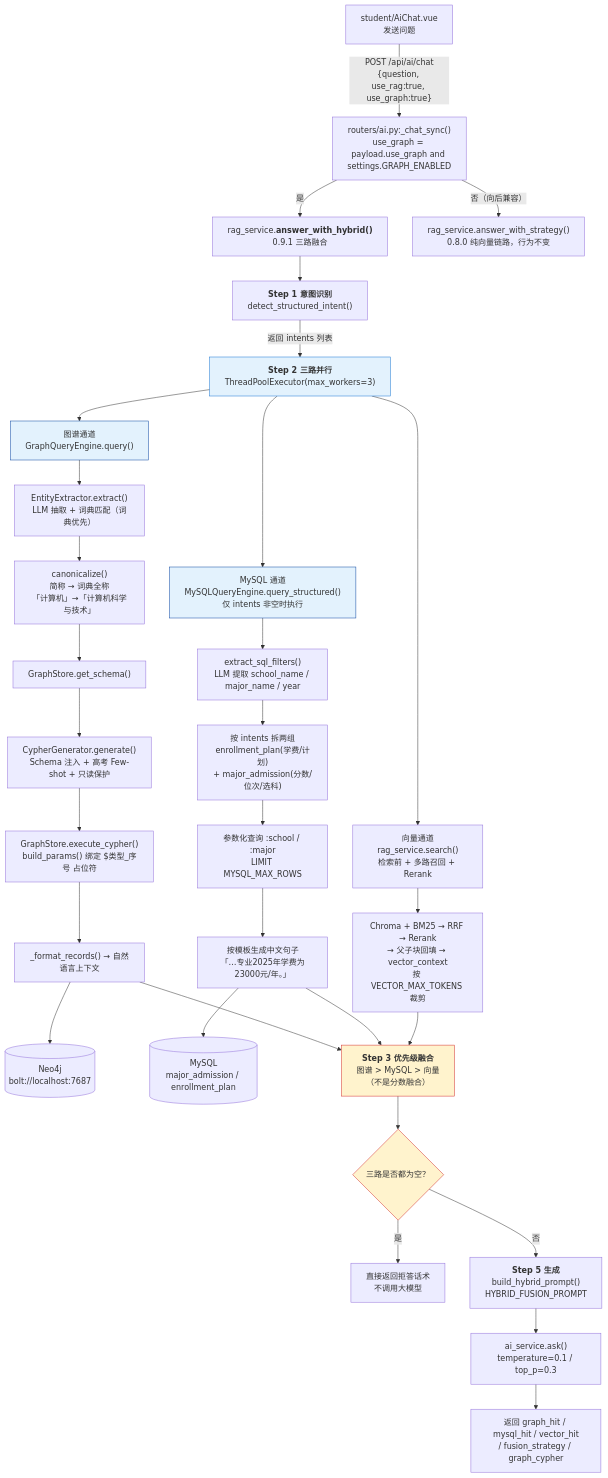
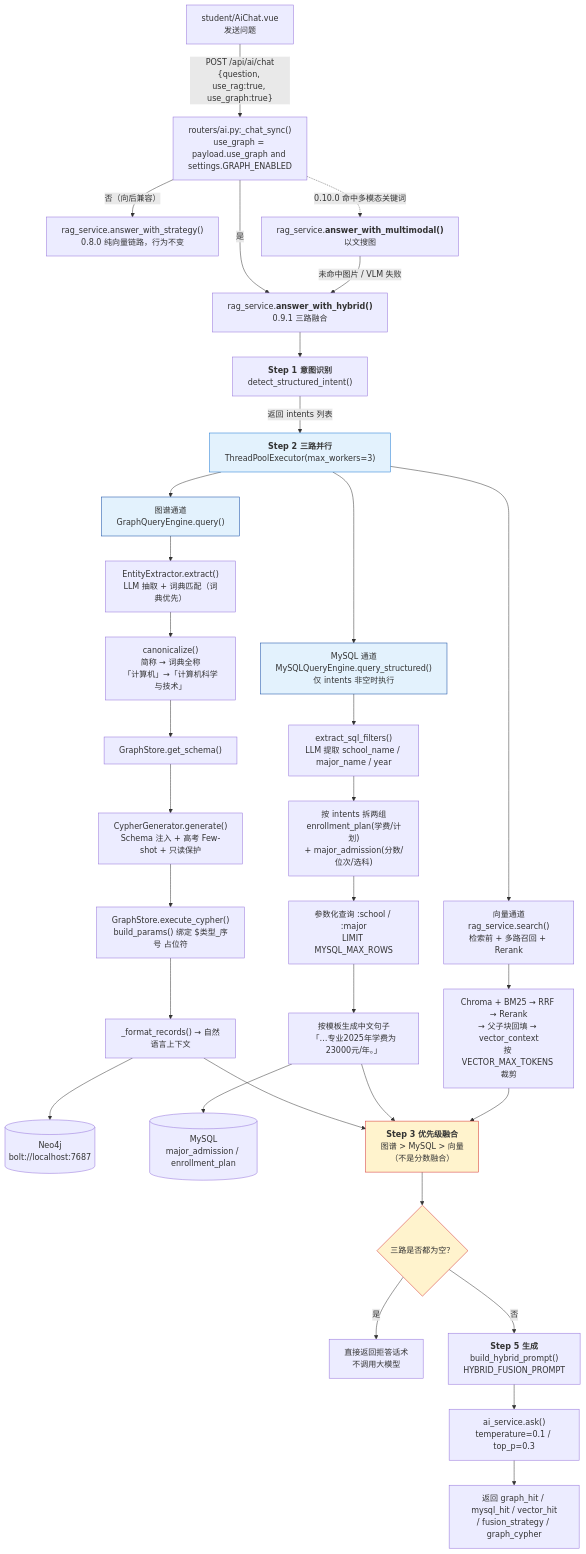
One commit to TS-DE/college-application-process changed the sixth of 7 diagrams in README.md. Above: the diagram before and after it, drawn with Mermaid. The commit also changed other lines of this file and 22 other files, not shown here.

Commit message:
feat(multimodal): 0.10.0 新增 OCR 预处理与以文搜图多模态 RAG，Chinese-CLIP + qwen3.7-flash

````diff
--- a/README.md
+++ b/README.md
@@ -610,45 +623,48 @@
 ```mermaid
 graph TD
     A["student/AiChat.vue<br/>发送问题"] -->|"POST /api/ai/chat<br/>{question, use_rag:true, use_graph:true}"| B["routers/ai.py:_chat_sync()<br/>use_graph = payload.use_graph and settings.GRAPH_ENABLED"]
     B -->|"是"| C["rag_service.<b>answer_with_hybrid()</b><br/>0.9.1 三路融合"]
     B -->|"否（向后兼容）"| Z["rag_service.answer_with_strategy()<br/>0.8.0 纯向量链路，行为不变"]
+
+    B -.->|"0.10.0 命中多模态关键词"| MM["rag_service.<b>answer_with_multimodal()</b><br/>以文搜图"]
+    MM -->|"未命中图片 / VLM 失败"| C
 
     C --> S1["<b>Step 1 意图识别</b><br/>detect_structured_intent()"]
     S1 -->|"返回 intents 列表"| S2["<b>Step 2 三路并行</b><br/>ThreadPoolExecutor(max_workers=3)"]
 
     S2 --> D1["图谱通道<br/>GraphQueryEngine.query()"]
     S2 --> D2["MySQL 通道<br/>MySQLQueryEngine.query_structured()<br/>仅 intents 非空时执行"]
     S2 --> D3["向量通道<br/>rag_service.search()<br/>检索前 + 多路召回 + Rerank"]
 
     D1 --> E1["EntityExtractor.extract()<br/>LLM 抽取 + 词典匹配（词典优先）"]
     E1 --> E2["canonicalize()<br/>简称 → 词典全称<br/>「计算机」→「计算机科学与技术」"]
     E2 --> E3["GraphStore.get_schema()"]
     E3 --> E4["CypherGenerator.generate()<br/>Schema 注入 + 高考 Few-shot + 只读保护"]
     E4 --> E5["GraphStore.execute_cypher()<br/>build_params() 绑定 $类型_序号 占位符"]
     E5 --> E6["_format_records() → 自然语言上下文"]
     E6 --> G1[("Neo4j<br/>bolt://localhost:7687")]
 
     D2 --> M1["extract_sql_filters()<br/>LLM 提取 school_name / major_name / year"]
     M1 --> M2["按 intents 拆两组<br/>enrollment_plan(学费/计划)<br/>+ major_admission(分数/位次/选科)"]
     M2 --> M3["参数化查询 :school / :major<br/>LIMIT MYSQL_MAX_ROWS"]
     M3 --> M4["按模板生成中文句子<br/>「…专业2025年学费为23000元/年。」"]
     M4 --> G2[("MySQL<br/>major_admission / enrollment_plan")]
 
     D3 --> F3["Chroma + BM25 → RRF → Rerank<br/>→ 父子块回填 → vector_context<br/>按 VECTOR_MAX_TOKENS 裁剪"]
 
     E6 --> H["<b>Step 3 优先级融合</b><br/>图谱 > MySQL > 向量<br/>（不是分数融合）"]
     M4 --> H
     F3 --> H
 
     H --> I{"三路是否都为空？"}
     I -->|"是"| J1["直接返回拒答话术<br/>不调用大模型"]
     I -->|"否"| J2["<b>Step 5 生成</b><br/>build_hybrid_prompt()<br/>HYBRID_FUSION_PROMPT"]
     J2 --> K["ai_service.ask()<br/>temperature=0.1 / top_p=0.3"]
     K --> L["返回 graph_hit / mysql_hit / vector_hit<br/>/ fusion_strategy / graph_cypher"]
 
     style S2 fill:#e3f2fd,stroke:#1976d2
     style D1 fill:#e3f2fd,stroke:#0d47a1
     style D2 fill:#e3f2fd,stroke:#0d47a1
     style H fill:#fff3cd,stroke:#d32f2f
     style I fill:#fff3cd,stroke:#d32f2f
 ```
````
